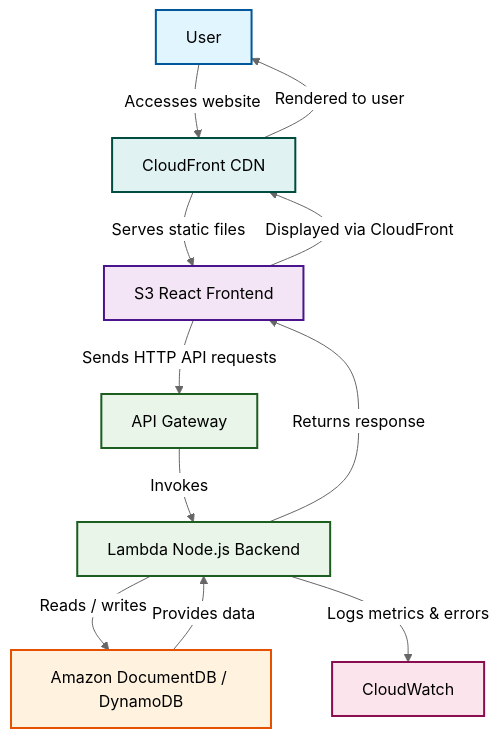
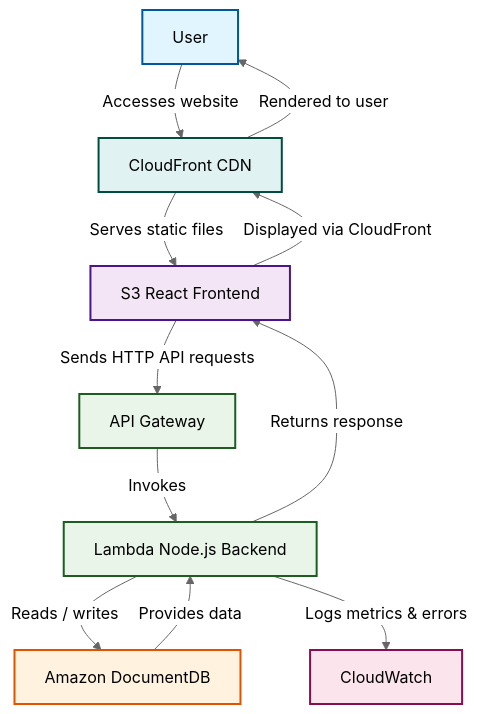
The diagram in docs/architecture_diagram.md (ReginaGyimesi/user-journey-tracker), drawn with Mermaid (neutral theme) before and after one commit. The commit also changed 1 other file, not shown here.

Commit message:
feat: add read only access to db

````diff
--- a/docs/architecture_diagram.md
+++ b/docs/architecture_diagram.md
@@ -5,47 +5,47 @@
 ```mermaid
 flowchart TB
     %% Styling
     classDef userClass fill:#e1f5fe,stroke:#01579b,stroke-width:2px,color:#000
     classDef frontendClass fill:#f3e5f5,stroke:#4a148c,stroke-width:2px,color:#000
     classDef backendClass fill:#e8f5e8,stroke:#1b5e20,stroke-width:2px,color:#000
     classDef databaseClass fill:#fff3e0,stroke:#e65100,stroke-width:2px,color:#000
     classDef monitoringClass fill:#fce4ec,stroke:#880e4f,stroke-width:2px,color:#000
     classDef cdnClass fill:#e0f2f1,stroke:#004d40,stroke-width:2px,color:#000
 
     %% Nodes
     U[User]
     CF[CloudFront CDN]
     FE[S3 React Frontend]
     GW[API Gateway]
     L[Lambda Node.js Backend]
-    DB[Amazon DocumentDB / DynamoDB]
+    DB[Amazon DocumentDB]
     CW[CloudWatch]
 
     %% User to Frontend
     U -->|"Accesses website"| CF
     CF -->|"Serves static files"| FE
 
     %% Frontend to Backend
     FE -->|"Sends HTTP API requests"| GW
     GW -->|"Invokes"| L
 
     %% Backend to Database
     L -->|"Reads / writes"| DB
 
     %% Backend monitoring
     L -->|"Logs metrics & errors"| CW
 
     %% Data flow back to Frontend
     DB -->|"Provides data"| L
     L -->|"Returns response"| FE
     FE -->|"Displayed via CloudFront"| CF
     CF -->|"Rendered to user"| U
 
     %% Apply styles
     class U userClass
     class CF cdnClass
     class FE frontendClass
     class GW,L backendClass
     class DB databaseClass
     class CW monitoringClass
 ```
````
